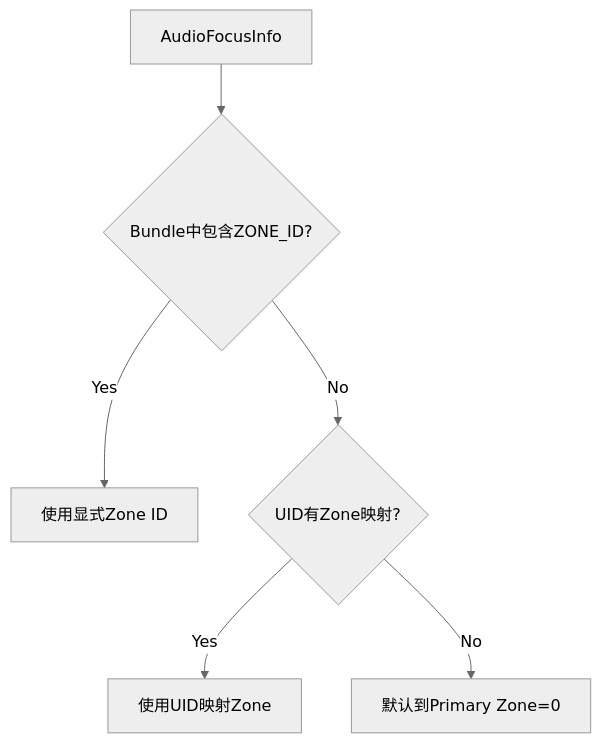
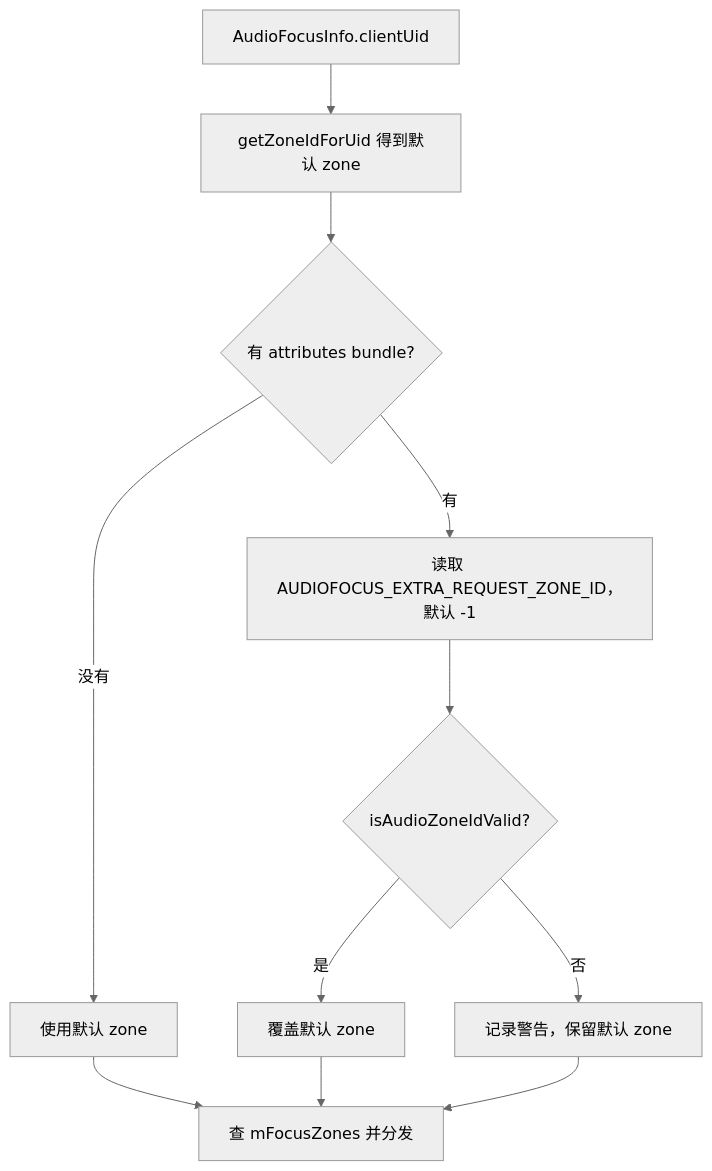
One commit to yanglinzhen1022/SA8295_AAOS_QNX_Audio_KnowledgeBase changed the second of 2 diagrams in 09_AAOS_Car_Audio/09_9.10_CarZonesAudioFocus-多Zone焦点分发器.md. Above: the diagram before and after it, drawn with Mermaid (neutral theme). The commit also changed other lines of this file and 13 other files, not shown here.

````diff
--- a/09_AAOS_Car_Audio/09_9.10_CarZonesAudioFocus-多Zone焦点分发器.md
+++ b/09_AAOS_Car_Audio/09_9.10_CarZonesAudioFocus-多Zone焦点分发器.md
@@ -116,8 +38,13 @@
 ```mermaid
-flowchart TB
-    AFI[AudioFocusInfo] --> BUNDLE{Bundle中包含ZONE_ID?}
-    BUNDLE -->|Yes| EXPLICIT[使用显式Zone ID]
-    BUNDLE -->|No| UIDMAP{UID有Zone映射?}
-    UIDMAP -->|Yes| UIDZONE[使用UID映射Zone]
-    UIDMAP -->|No| PRIMARY[默认到Primary Zone=0]
+flowchart TD
+    U[AudioFocusInfo.clientUid] --> D[getZoneIdForUid 得到默认 zone]
+    D --> B{有 attributes bundle?}
+    B -->|没有| R[使用默认 zone]
+    B -->|有| K[读取 AUDIOFOCUS_EXTRA_REQUEST_ZONE_ID，默认 -1]
+    K --> V{isAudioZoneIdValid?}
+    V -->|是| X[覆盖默认 zone]
+    V -->|否| W[记录警告，保留默认 zone]
+    R --> F[查 mFocusZones 并分发]
+    X --> F
+    W --> F
 ```
````
